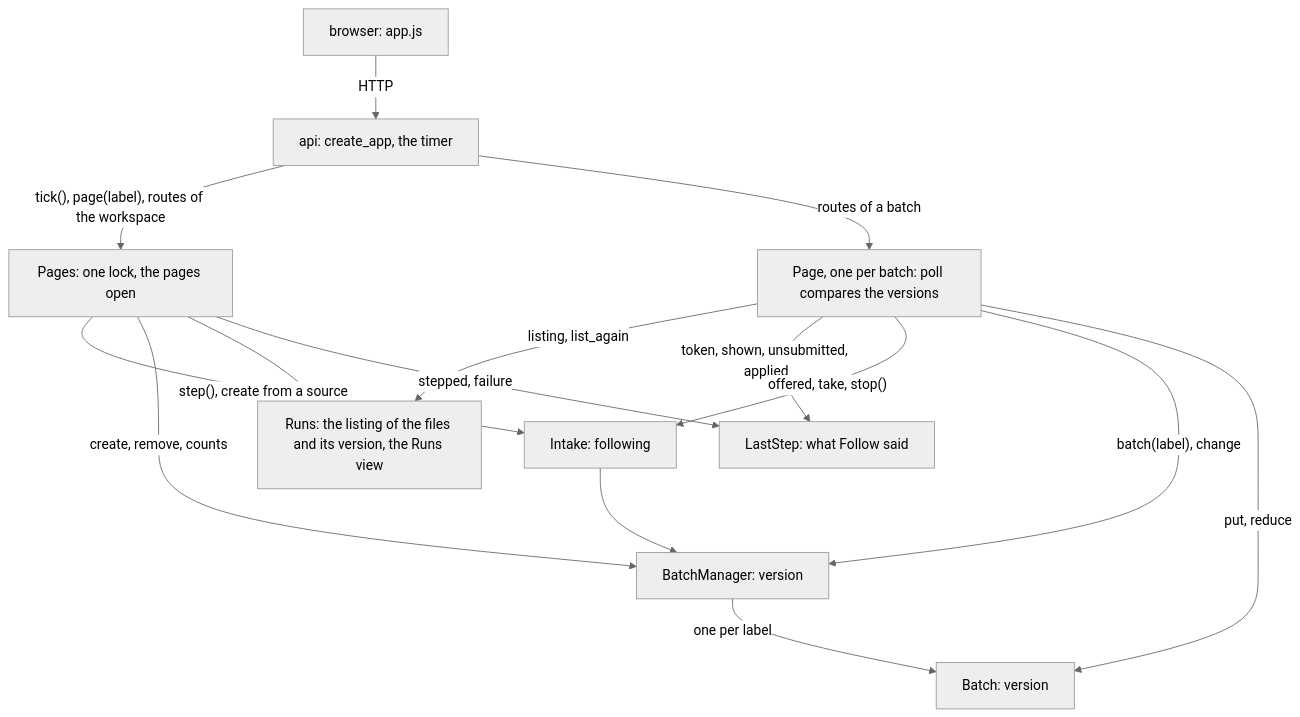
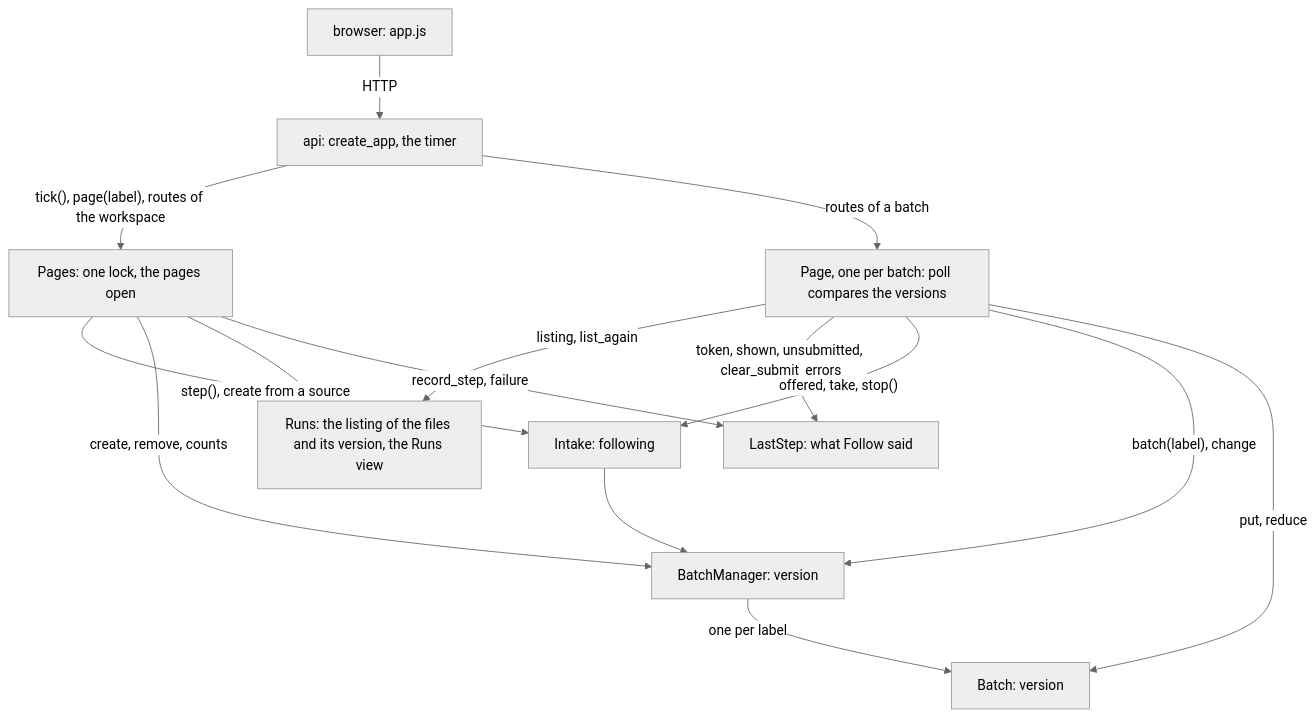
One commit to scipp/essapps changed the second of 3 diagrams in packages/essbatch/src/ess/batch/web/README.md. Above: the diagram before and after it, drawn with Mermaid (neutral theme). The commit also changed 3 other files, not shown here.

First line of the commit message:
Rename LastStep.stepped and applied, and Page.stepped

````diff
--- a/packages/essbatch/src/ess/batch/web/README.md
+++ b/packages/essbatch/src/ess/batch/web/README.md
@@ -297,26 +297,26 @@
 ```mermaid
 flowchart TD
     browser["browser: app.js"]
     api["api: create_app, the timer"]
     pages["Pages: one lock, the pages open"]
     runs["Runs: the listing of the files and its version, the Runs view"]
     last_step["LastStep: what Follow said"]
     page["Page, one per batch: poll compares the versions"]
     intake["Intake: following"]
     manager["BatchManager: version"]
     batch["Batch: version"]
     browser -->|HTTP| api
     api -->|"tick(), page(label), routes of the workspace"| pages
     api -->|routes of a batch| page
     pages -->|"step(), create from a source"| intake
     pages -->|"create, remove, counts"| manager
     pages --> runs
-    pages -->|"stepped, failure"| last_step
+    pages -->|"record_step, failure"| last_step
     page -->|"listing, list_again"| runs
-    page -->|"token, shown, unsubmitted, applied"| last_step
+    page -->|"token, shown, unsubmitted, clear_submit_errors"| last_step
     page -->|"offered, take, stop()"| intake
     page -->|"batch(label), change"| manager
     page -->|"put, reduce"| batch
     intake --> manager
     manager -->|one per label| batch
 ```
````
